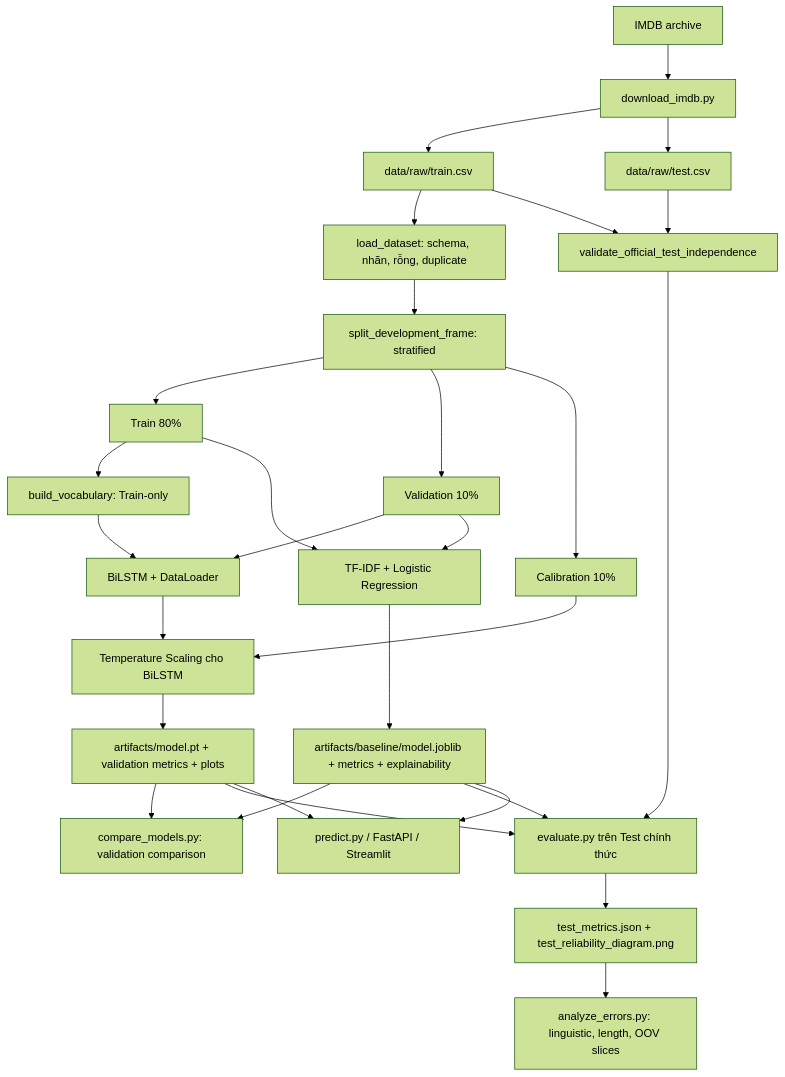
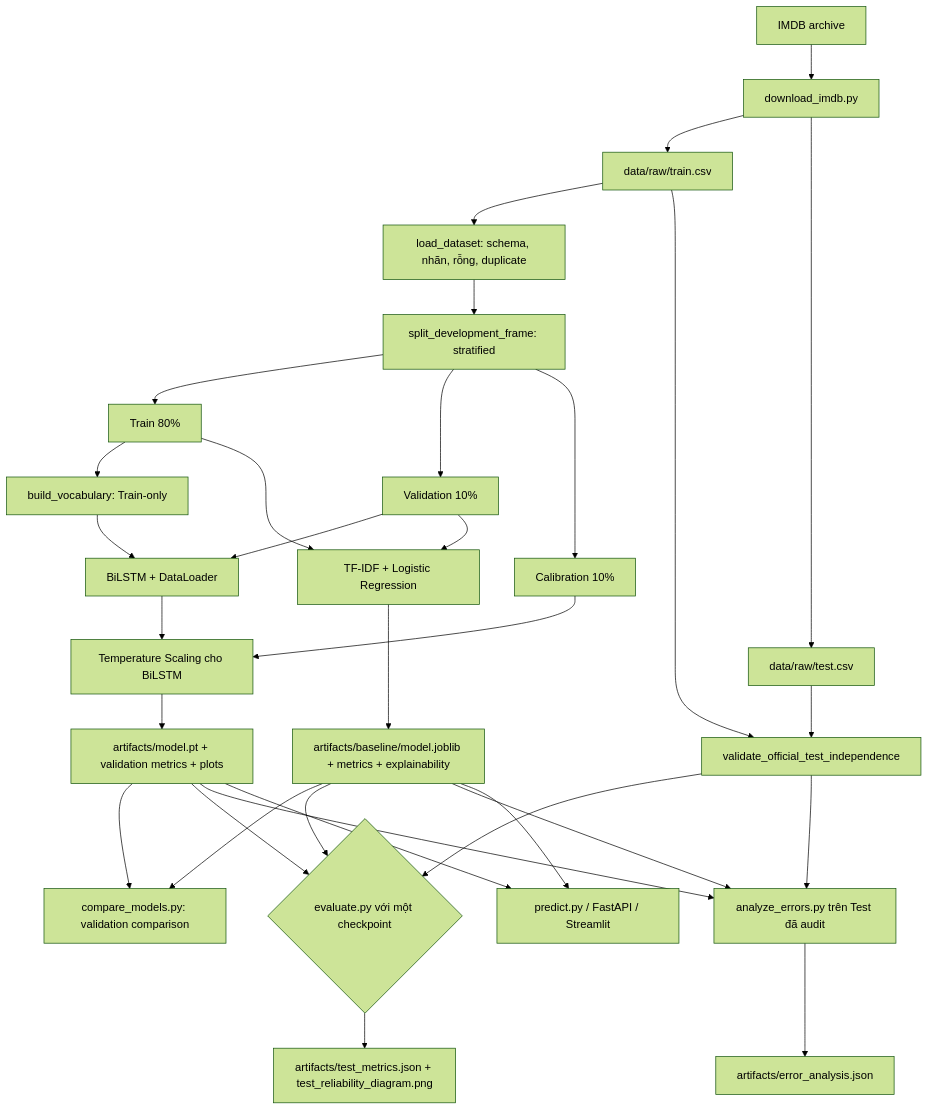
The diagram in README.md (haminhthong/IMDB-Sentiment-Analysis), drawn with Mermaid (forest theme) before and after one commit. The commit also changed other lines of this file and 3 other files, not shown here.

````diff
--- a/README.md
+++ b/README.md
@@ -41,36 +41,39 @@
 ```mermaid
 flowchart TD
     A[IMDB archive] --> B[download_imdb.py]
     B --> C[data/raw/train.csv]
     B --> D[data/raw/test.csv]
 
     C --> E[load_dataset: schema, nhãn, rỗng, duplicate]
     E --> F[split_development_frame: stratified]
     F --> G[Train 80%]
     F --> H[Validation 10%]
     F --> I[Calibration 10%]
 
     G --> J[build_vocabulary: Train-only]
     J --> K[BiLSTM + DataLoader]
     G --> L[TF-IDF + Logistic Regression]
     H --> K
     H --> L
     I --> M[Temperature Scaling cho BiLSTM]
     K --> M
     M --> N[artifacts/model.pt + validation metrics + plots]
     L --> O[artifacts/baseline/model.joblib + metrics + explainability]
 
     N --> P[compare_models.py: validation comparison]
     O --> P
 
     C --> Q[validate_official_test_independence]
     D --> Q
-    Q --> R[evaluate.py trên Test chính thức]
+    Q --> R{evaluate.py với một checkpoint}
     N --> R
     O --> R
-    R --> S[test_metrics.json + test_reliability_diagram.png]
+    R --> S[artifacts/test_metrics.json + test_reliability_diagram.png]
 
-    S --> T[analyze_errors.py: linguistic, length, OOV slices]
+    Q --> T[analyze_errors.py trên Test đã audit]
+    N --> T
+    O --> T
+    T --> V[artifacts/error_analysis.json]
     N --> U[predict.py / FastAPI / Streamlit]
     O --> U
 ```
````
